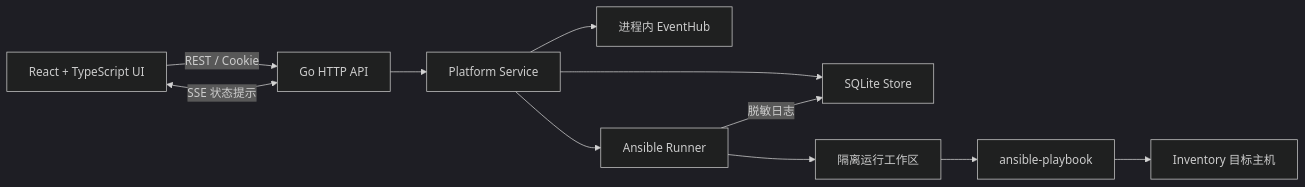
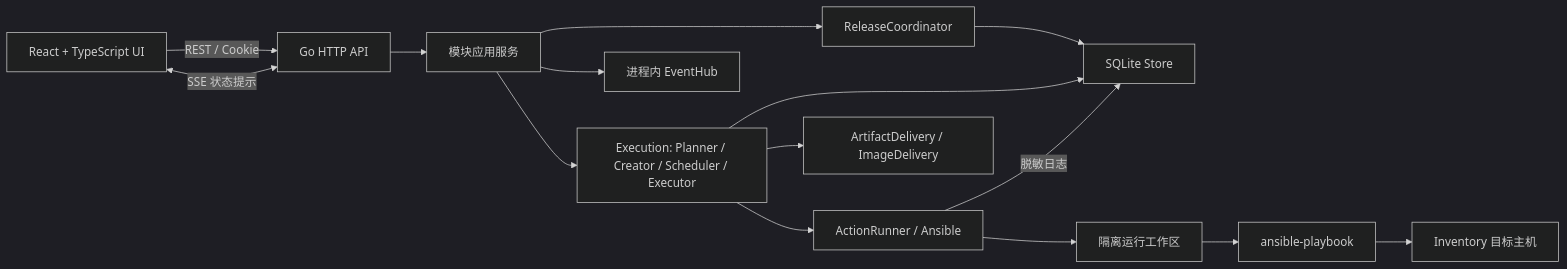
The first of 3 diagrams in docs/backend-design.md (wqy0812/owner), drawn with Mermaid (dark theme) before and after one commit. The commit also changed other lines of this file and 96 other files, not shown here.

Commit message:
refactor: modularize delivery and publication flows

````diff
--- a/docs/backend-design.md
+++ b/docs/backend-design.md
@@ -48,13 +48,17 @@
 ```mermaid
 flowchart LR
     UI["React + TypeScript UI"] -->|"REST / Cookie"| API["Go HTTP API"]
     UI <-->|"SSE 状态提示"| API
-    API --> SVC["Platform Service"]
-    SVC --> STORE["SQLite Store"]
+    API --> SVC["模块应用服务"]
+    SVC --> COORD["ReleaseCoordinator"]
+    SVC --> EXEC["Execution: Planner / Creator / Scheduler / Executor"]
+    COORD --> STORE["SQLite Store"]
+    EXEC --> STORE
     SVC --> HUB["进程内 EventHub"]
-    SVC --> RUNNER["Ansible Runner"]
+    EXEC --> RUNNER["ActionRunner / Ansible"]
+    EXEC --> DELIVERY["ArtifactDelivery / ImageDelivery"]
     RUNNER --> SNAP["隔离运行工作区"]
     SNAP --> ANSIBLE["ansible-playbook"]
     ANSIBLE --> TARGET["Inventory 目标主机"]
     RUNNER -->|"脱敏日志"| STORE
 ```
````
